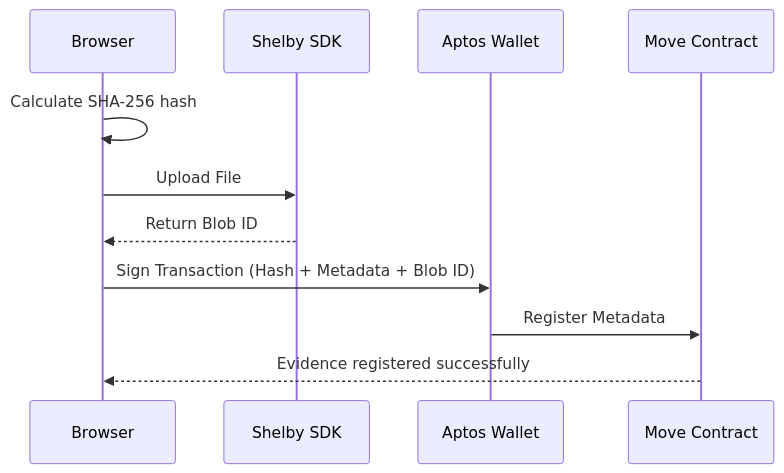
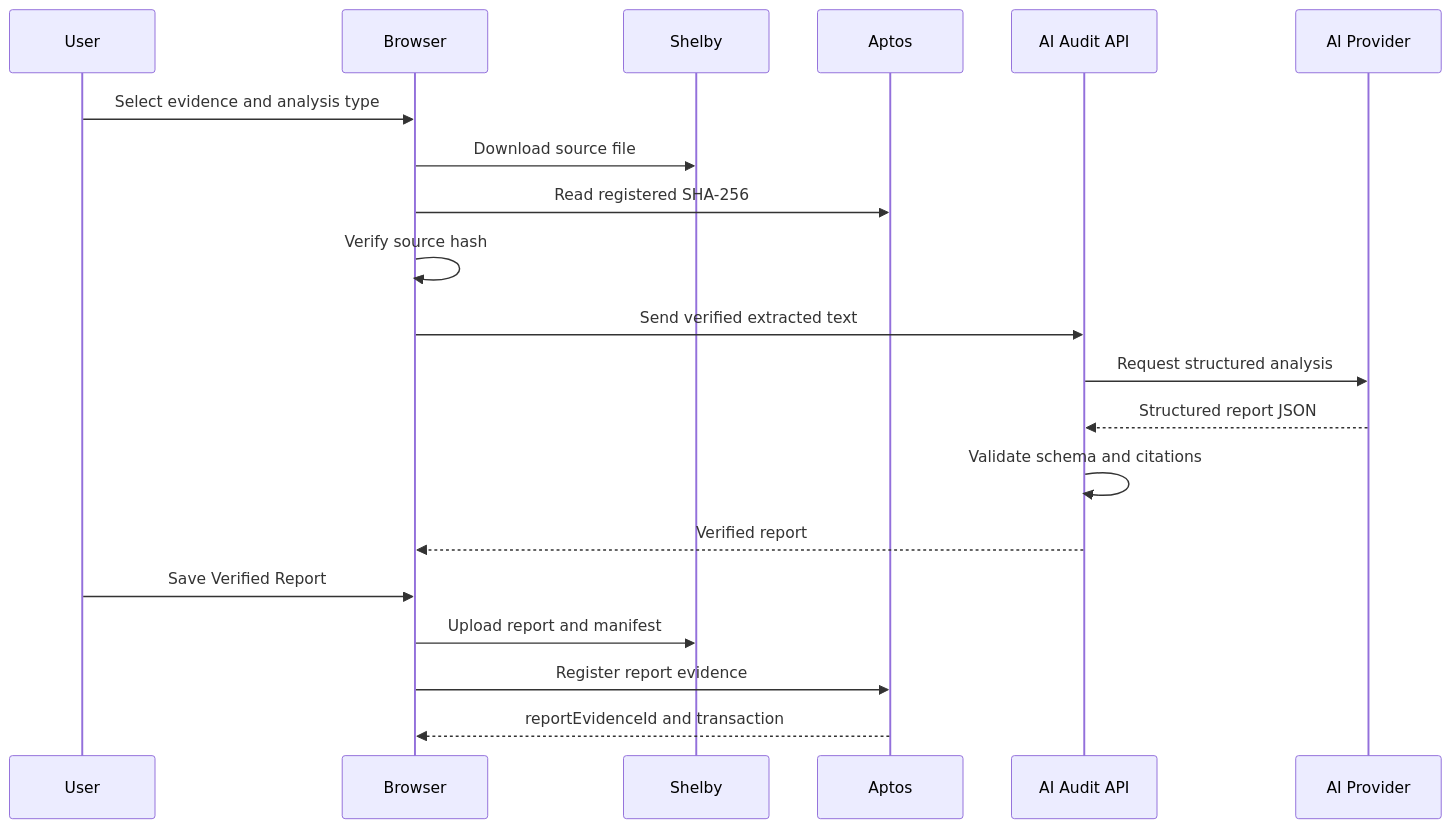
Before and after one commit to Vittuma/proofvault: the second of 2 diagrams in README.md, drawn with Mermaid. The commit also changed other lines of this file and 3 other files, not shown here.

Commit message:
Update documentation for Shelby-backed AI Auditor architecture

````diff
--- a/README.md
+++ b/README.md
@@ -13,14 +154,23 @@
 ```mermaid
 sequenceDiagram
+    participant User
     participant Browser
-    participant Shelby SDK
-    participant Aptos Wallet
-    participant Move Contract
+    participant Shelby
+    participant Aptos
+    participant API as AI Audit API
+    participant AI as AI Provider
 
-    Browser->>Browser: Calculate SHA-256 hash
-    Browser->>Shelby SDK: Upload File
-    Shelby SDK-->>Browser: Return Blob ID
-    Browser->>Aptos Wallet: Sign Transaction (Hash + Metadata + Blob ID)
-    Aptos Wallet->>Move Contract: Register Metadata
-    Move Contract-->>Browser: Evidence registered successfully
+    User->>Browser: Select evidence and analysis type
+    Browser->>Shelby: Download source file
+    Browser->>Aptos: Read registered SHA-256
+    Browser->>Browser: Verify source hash
+    Browser->>API: Send verified extracted text
+    API->>AI: Request structured analysis
+    AI-->>API: Structured report JSON
+    API->>API: Validate schema and citations
+    API-->>Browser: Verified report
+    User->>Browser: Save Verified Report
+    Browser->>Shelby: Upload report and manifest
+    Browser->>Aptos: Register report evidence
+    Aptos-->>Browser: reportEvidenceId and transaction
 ```
````
